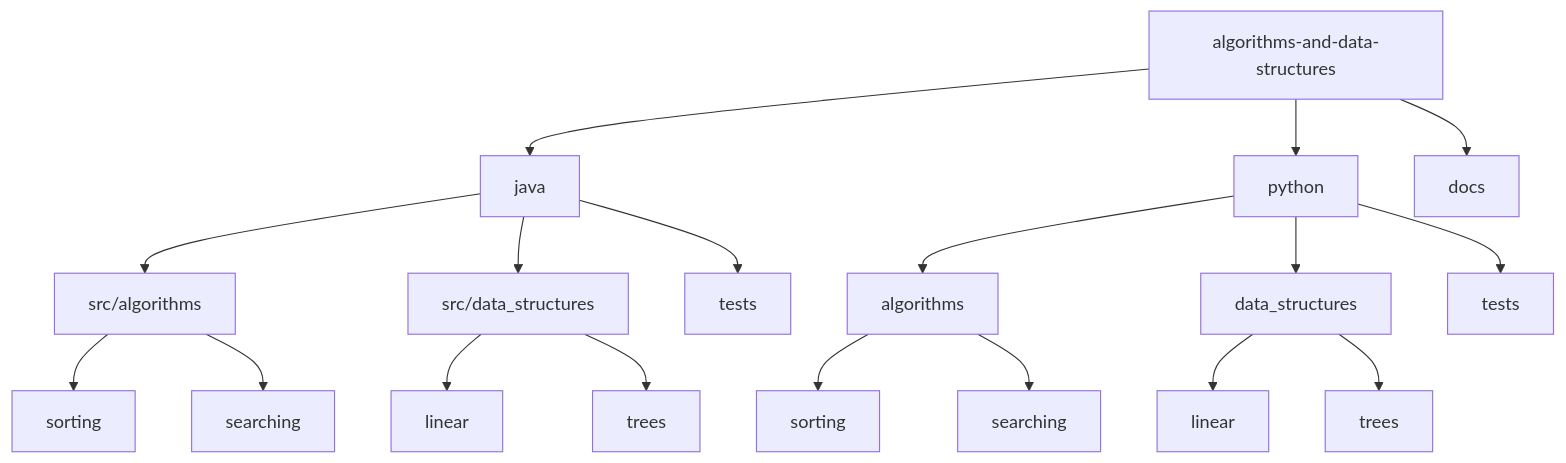
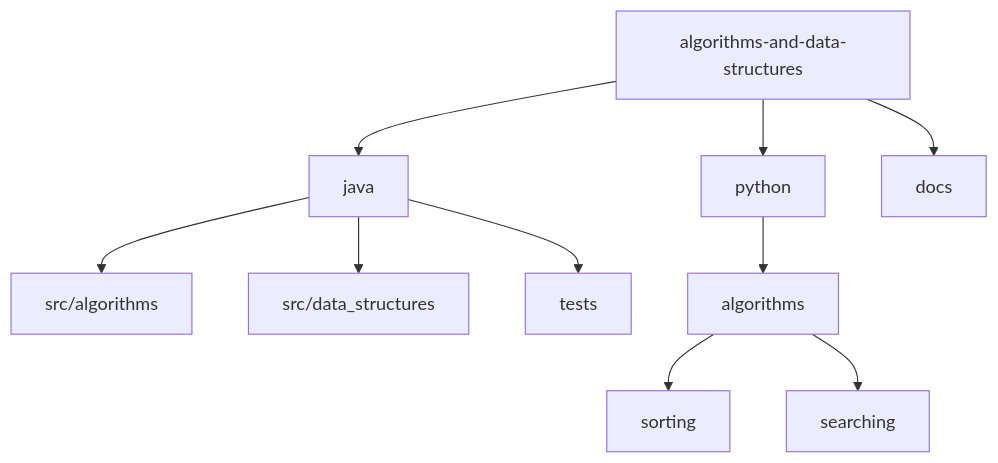
One commit to shubhamdagar9854/data-structures-and-algorithms changed the diagram in README.md. Above: the diagram before and after it, drawn with Mermaid. The commit also changed other lines of this file and 1 other file, not shown here.

````diff
--- a/README.md
+++ b/README.md
@@ -48,20 +49,12 @@
 ```mermaid
 graph TD
     A[algorithms-and-data-structures] --> B[java]
     A[algorithms-and-data-structures] --> C[python]
     A --> D[docs]
     B --> E[src/algorithms]
     B --> F[src/data_structures]
     B --> G[tests]
     C --> H[algorithms]
-    C --> I[data_structures]
-    C --> J[tests]
-    E --> K[sorting]
-    E --> L[searching]
-    F --> M[linear]
-    F --> N[trees]
-    H --> O[sorting]
-    H --> P[searching]
-    I --> Q[linear]
-    I --> R[trees]
+    H --> I[sorting]
+    H --> J[searching]
 ```
````
